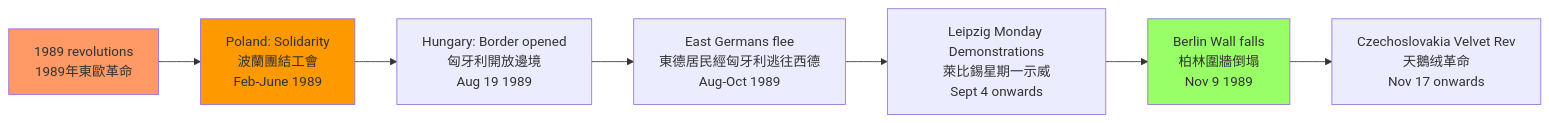
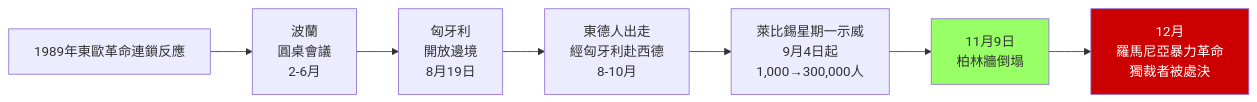
The fourth of 10 diagrams in 01_HKU_Courses/HIST2076_Germany_Cold_War.md (yip-lgtm/HKU-Harvard-History-Self-Study), drawn with Mermaid before and after one commit. The commit also changed other lines of this file and 5 other files, not shown here.

````diff
--- a/01_HKU_Courses/HIST2076_Germany_Cold_War.md
+++ b/01_HKU_Courses/HIST2076_Germany_Cold_War.md
@@ -108,13 +315,12 @@
 ```mermaid
 graph LR
-    A[1989 revolutions<br/>1989年東歐革命] --> B[Poland: Solidarity<br/>波蘭團結工會<br/>Feb-June 1989]
-    B --> C[Hungary: Border opened<br/>匈牙利開放邊境<br/>Aug 19 1989]
-    C --> D[East Germans flee<br/>東德居民經匈牙利逃往西德<br/>Aug-Oct 1989]
-    D --> E[Leipzig Monday Demonstrations<br/>萊比錫星期一示威<br/>Sept 4 onwards]
-    E --> F[Berlin Wall falls<br/>柏林圍牆倒塌<br/>Nov 9 1989]
-    F --> G[Czechoslovakia Velvet Rev<br/>天鵝绒革命<br/>Nov 17 onwards]
+    A[1989年東歐革命連鎖反應] --> B[波蘭<br/>圓桌會議<br/>2-6月]
+    B --> C[匈牙利<br/>開放邊境<br/>8月19日]
+    C --> D[東德人出走<br/>經匈牙利赴西德<br/>8-10月]
+    D --> E[萊比錫星期一示威<br/>9月4日起<br/>1,000→300,000人]
+    E --> F[11月9日<br/>柏林牆倒塌]
+    F --> G[12月<br/>羅馬尼亞暴力革命<br/>獨裁者被處決]
     
-    style A fill:#f96
     style F fill:#9f6
-    style B fill:#f90
+    style G fill:#c00,color:#fff
 ```
````
